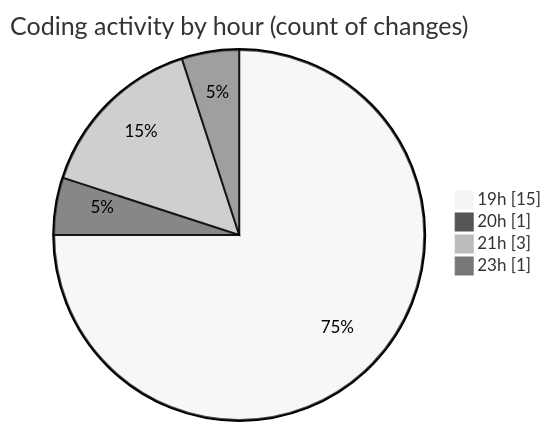
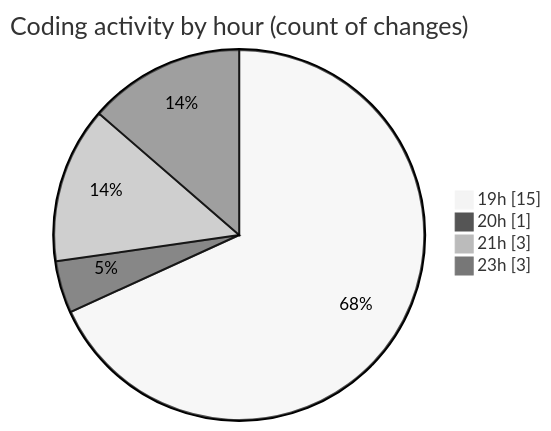
The second of 2 diagrams in 2025-06-20/archive/README.md (JenPaints/code-tracking), drawn with Mermaid (neutral theme) before and after one commit. The commit also changed other lines of this file and 1 other file, not shown here.

````diff
--- a/2025-06-20/archive/README.md
+++ b/2025-06-20/archive/README.md
@@ -45,8 +45,8 @@
 ```mermaid
 pie showData
 title Coding activity by hour (count of changes)
 "19h" : 15
 "20h" : 1
 "21h" : 3
-"23h" : 1
+"23h" : 3
 ```
````
